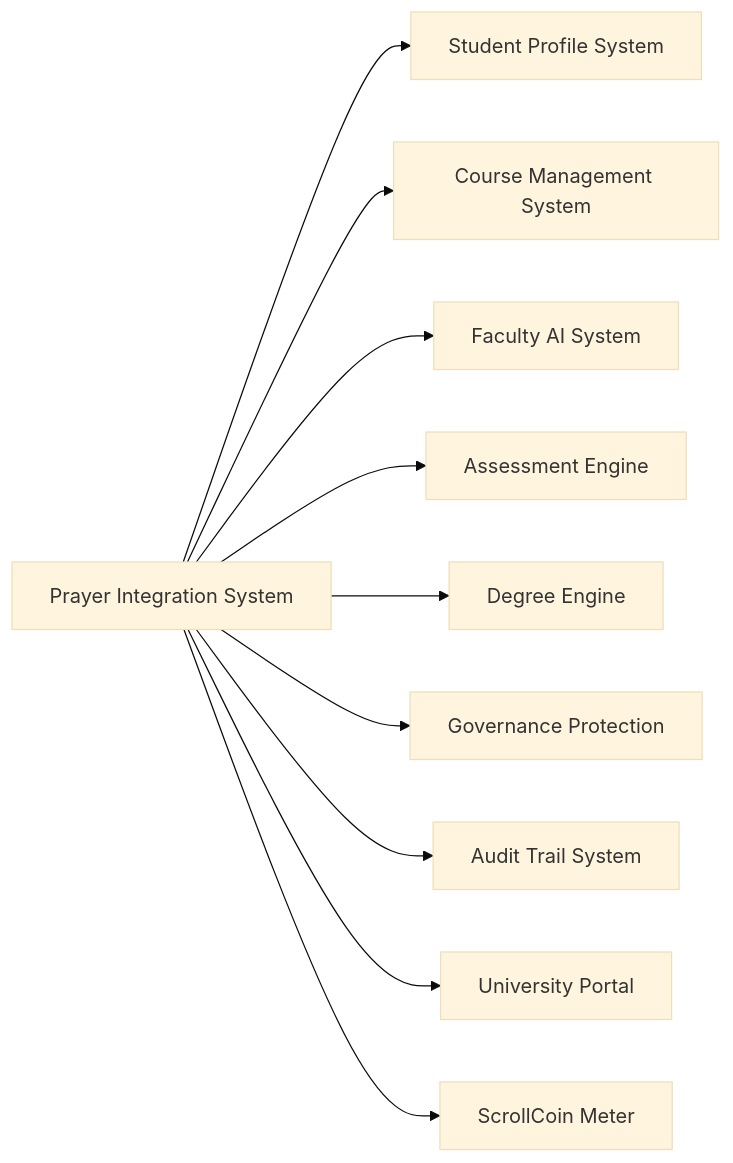
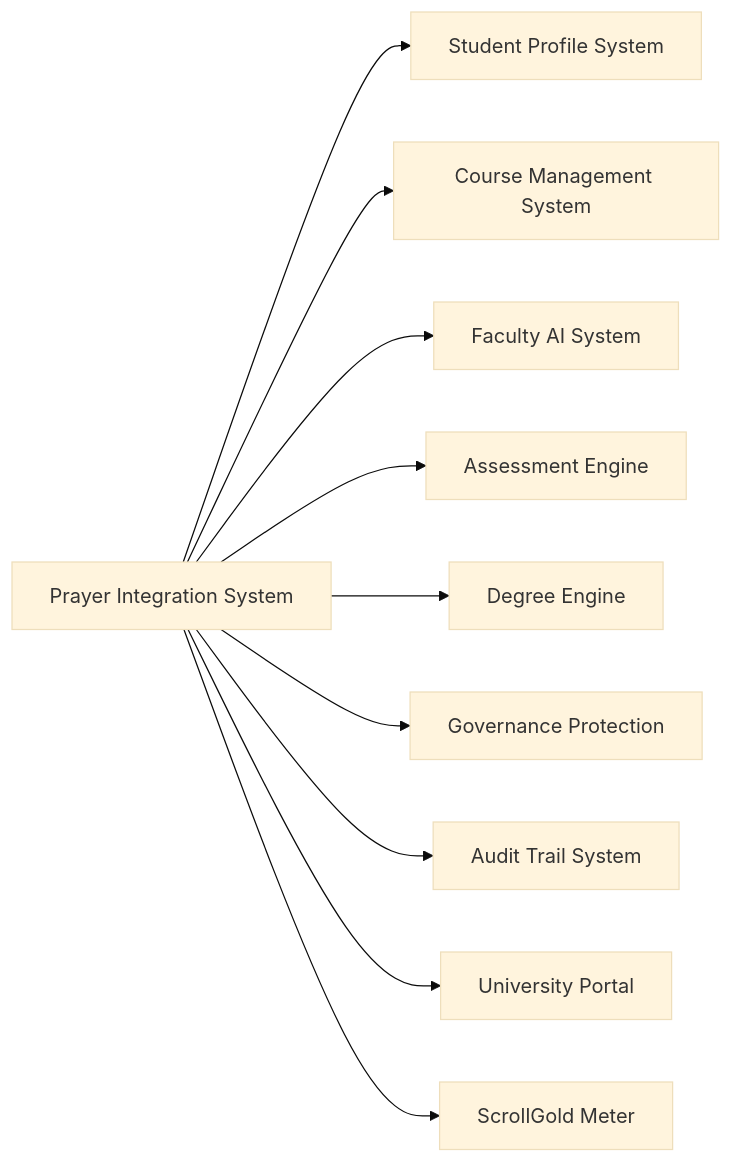
One commit to stanleymay20/zion-scroll-forge changed the second of 2 diagrams in .kiro/specs/scroll-prayer-integration-spec/design.md. Above: the diagram before and after it, drawn with Mermaid (base theme). The commit also changed 1853 other files, not shown here.

````diff
--- a/.kiro/specs/scroll-prayer-integration-spec/design.md
+++ b/.kiro/specs/scroll-prayer-integration-spec/design.md
@@ -41,12 +41,12 @@
 ```mermaid
 graph LR
     A[Prayer Integration System] --> B[Student Profile System]
     A --> C[Course Management System]
     A --> D[Faculty AI System]
     A --> E[Assessment Engine]
     A --> F[Degree Engine]
     A --> G[Governance Protection]
     A --> H[Audit Trail System]
     A --> I[University Portal]
-    A --> J[ScrollCoin Meter]
+    A --> J[ScrollGold Meter]
 ```
````
